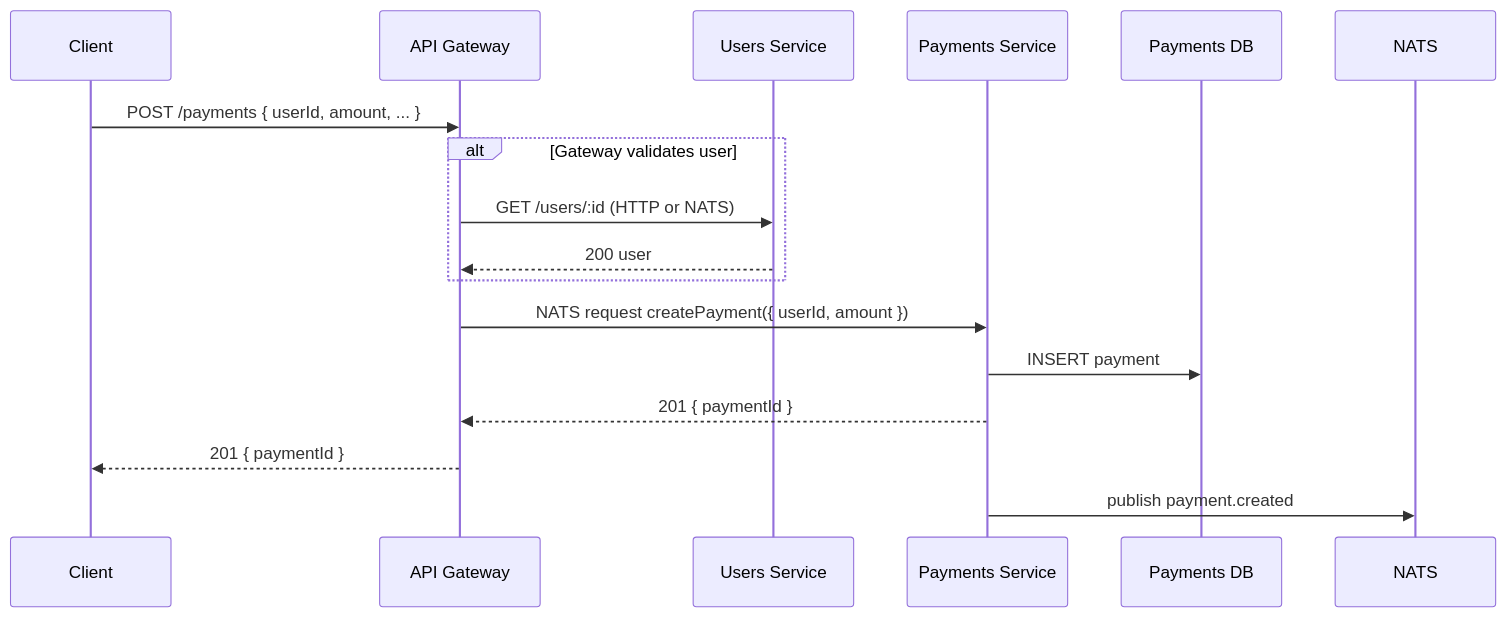
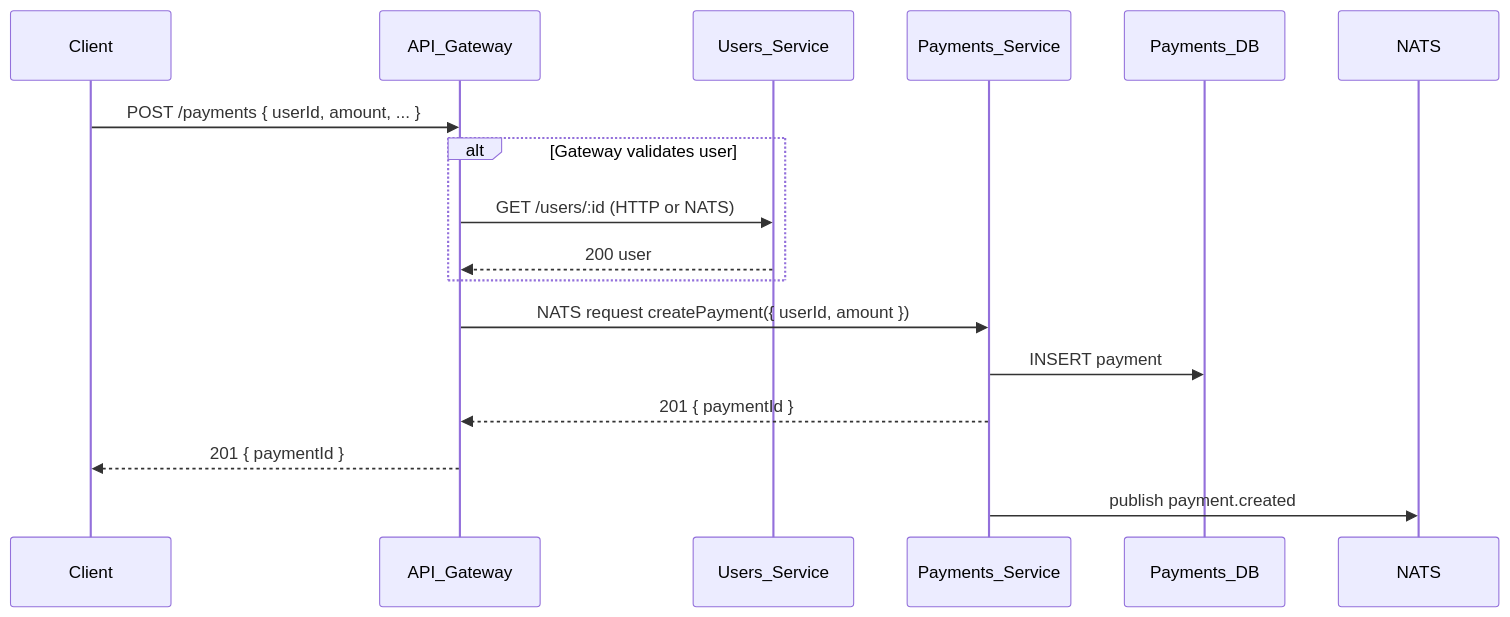
The second of 2 diagrams in README.md (mrrmartin01/mkstore), drawn with Mermaid before and after one commit. The commit also changed other lines of this file, not shown here.

````diff
--- a/README.md
+++ b/README.md
@@ -48,19 +47,19 @@
 ```mermaid
 sequenceDiagram
   participant C as Client
-  participant G as API Gateway
-  participant U as Users Service
-  participant P as Payments Service
-  participant DB as Payments DB
+  participant G as API_Gateway
+  participant U as Users_Service
+  participant P as Payments_Service
+  participant DB as Payments_DB
 
   C->>G: POST /payments { userId, amount, ... }
   alt Gateway validates user
     G->>U: GET /users/:id (HTTP or NATS)
     U-->>G: 200 user
   end
   G->>P: NATS request createPayment({ userId, amount })
   P->>DB: INSERT payment
   P-->>G: 201 { paymentId }
   G-->>C: 201 { paymentId }
   P->>NATS: publish payment.created
 ```
````
